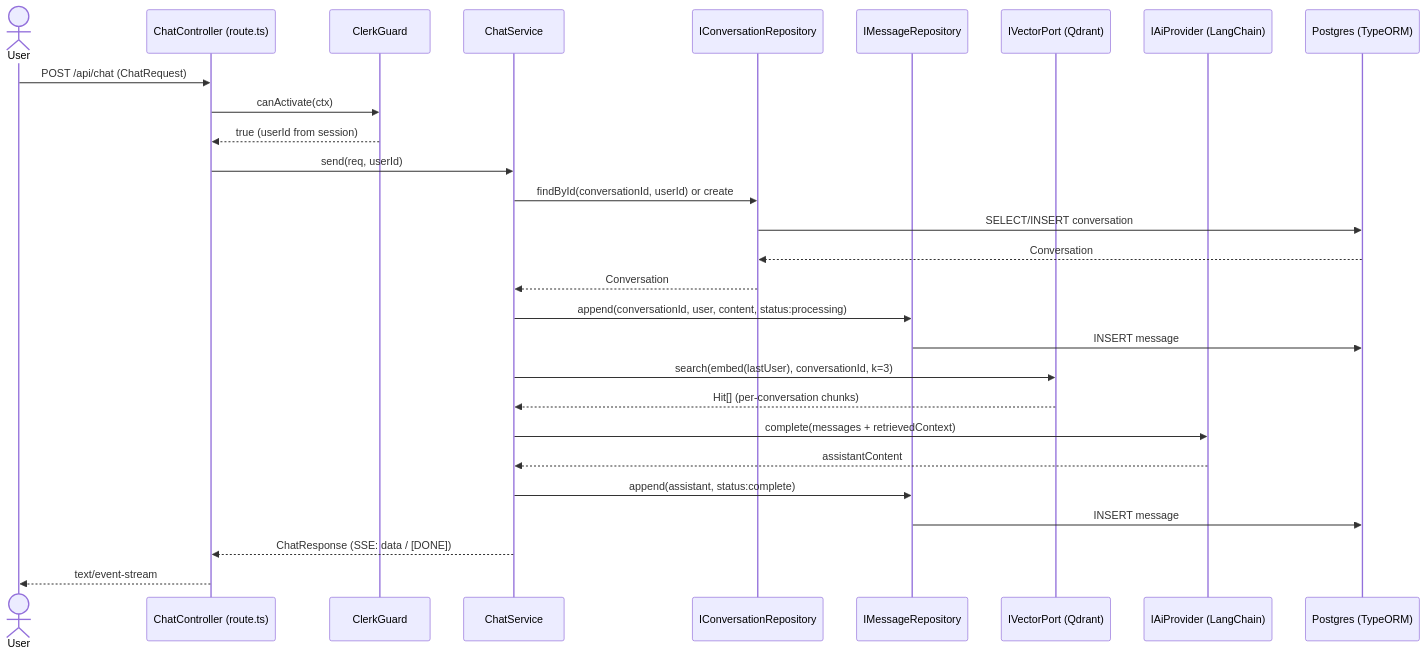
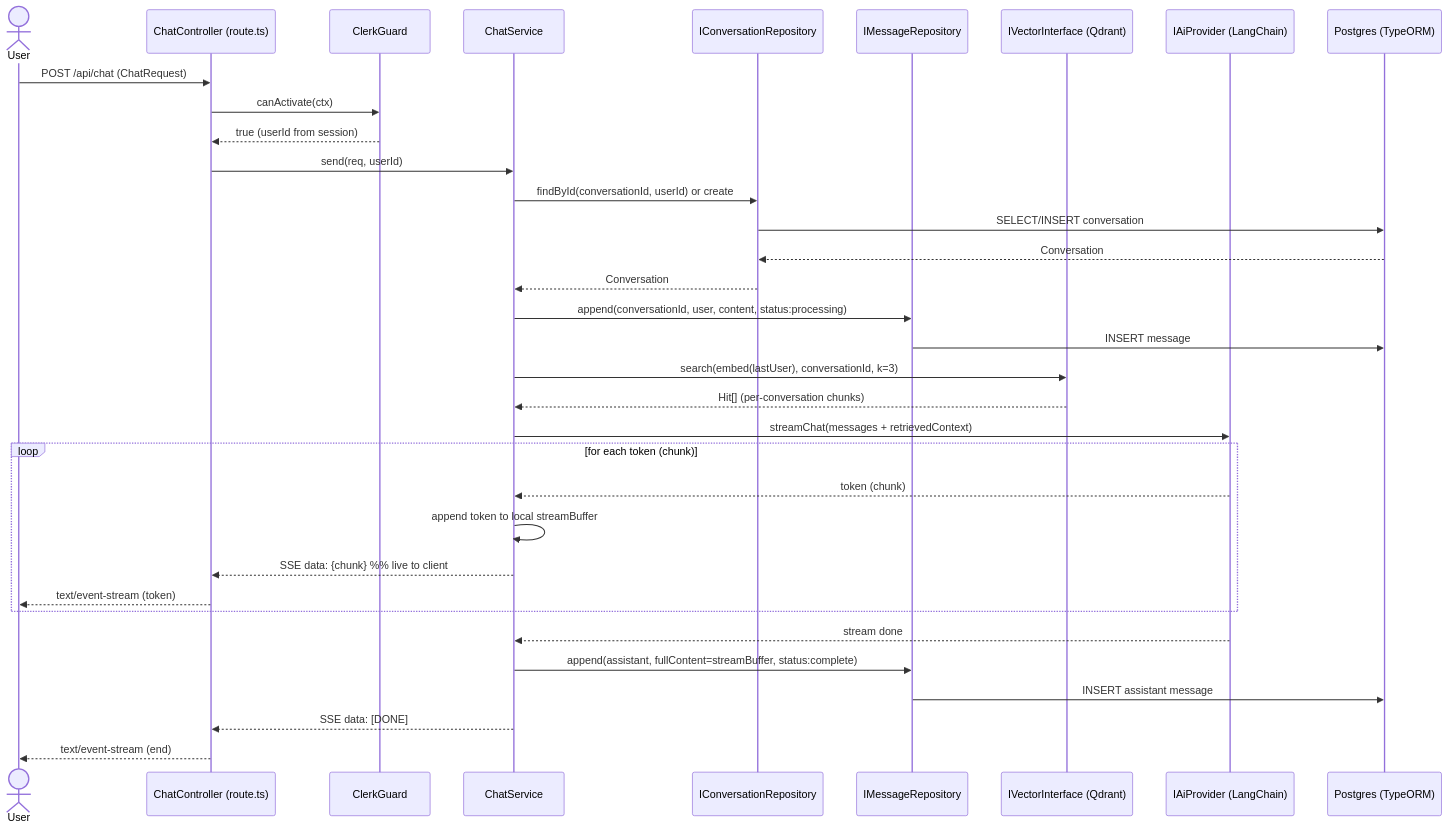
One commit to Glitch-guy0/chaiGPT changed the first of 6 diagrams in _bmad-output/planning-artifacts/03-sequence.md. Above: the diagram before and after it, drawn with Mermaid. The commit also changed other lines of this file and 7 other files, not shown here.

Commit message:
checking uml diagrams

````diff
--- a/_bmad-output/planning-artifacts/03-sequence.md
+++ b/_bmad-output/planning-artifacts/03-sequence.md
@@ -7,31 +9,39 @@
 ```mermaid
 sequenceDiagram
     actor User
     participant C as ChatController (route.ts)
     participant G as ClerkGuard
     participant S as ChatService
     participant CR as IConversationRepository
     participant MR as IMessageRepository
-    participant VEC as IVectorPort (Qdrant)
+    participant VEC as IVectorInterface (Qdrant)
     participant AI as IAiProvider (LangChain)
     participant DB as Postgres (TypeORM)
 
     User->>C: POST /api/chat (ChatRequest)
     C->>G: canActivate(ctx)
     G-->>C: true (userId from session)
     C->>S: send(req, userId)
     S->>CR: findById(conversationId, userId) or create
     CR->>DB: SELECT/INSERT conversation
     DB-->>CR: Conversation
     CR-->>S: Conversation
     S->>MR: append(conversationId, user, content, status:processing)
     MR->>DB: INSERT message
     S->>VEC: search(embed(lastUser), conversationId, k=3)
     VEC-->>S: Hit[] (per-conversation chunks)
-    S->>AI: complete(messages + retrievedContext)
-    AI-->>S: assistantContent
-    S->>MR: append(assistant, status:complete)
-    MR->>DB: INSERT message
-    S-->>C: ChatResponse (SSE: data / [DONE])
-    C-->>User: text/event-stream
+
+    S->>AI: streamChat(messages + retrievedContext)
+    loop for each token (chunk)
+        AI-->>S: token (chunk)
+        S->>S: append token to local streamBuffer
+        S-->>C: SSE data: {chunk}        %% live to client
+        C-->>User: text/event-stream (token)
+    end
+    AI-->>S: stream done
+
+    S->>MR: append(assistant, fullContent=streamBuffer, status:complete)
+    MR->>DB: INSERT assistant message
+    S-->>C: SSE data: [DONE]
+    C-->>User: text/event-stream (end)
 ```
````
